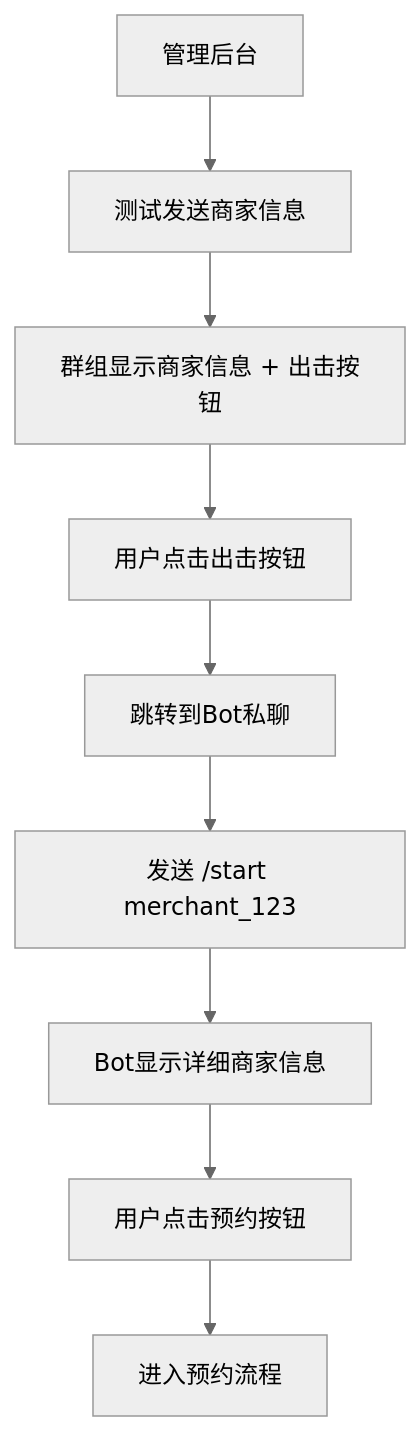
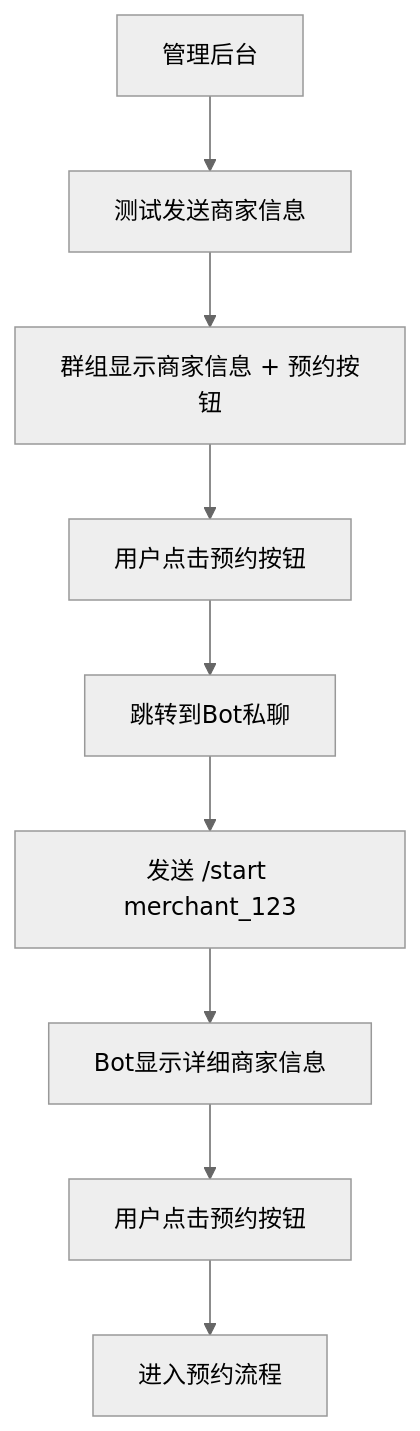
One commit to kikk77/telegram-bot-clean-deploy changed the diagram in TELEGRAM_BOT_DEPLOYMENT_GUIDE.md. Above: the diagram before and after it, drawn with Mermaid (neutral theme). The commit also changed other lines of this file and 4 other files, not shown here.

````diff
--- a/TELEGRAM_BOT_DEPLOYMENT_GUIDE.md
+++ b/TELEGRAM_BOT_DEPLOYMENT_GUIDE.md
@@ -47,11 +47,11 @@
 ```mermaid
 graph TD
     A[管理后台] --> B[测试发送商家信息]
-    B --> C[群组显示商家信息 + 出击按钮]
-    C --> D[用户点击出击按钮]
+    B --> C[群组显示商家信息 + 预约按钮]
+C --> D[用户点击预约按钮]
     D --> E[跳转到Bot私聊]
     E --> F[发送 /start merchant_123]
     F --> G[Bot显示详细商家信息]
     G --> H[用户点击预约按钮]
     H --> I[进入预约流程]
 ```
````
